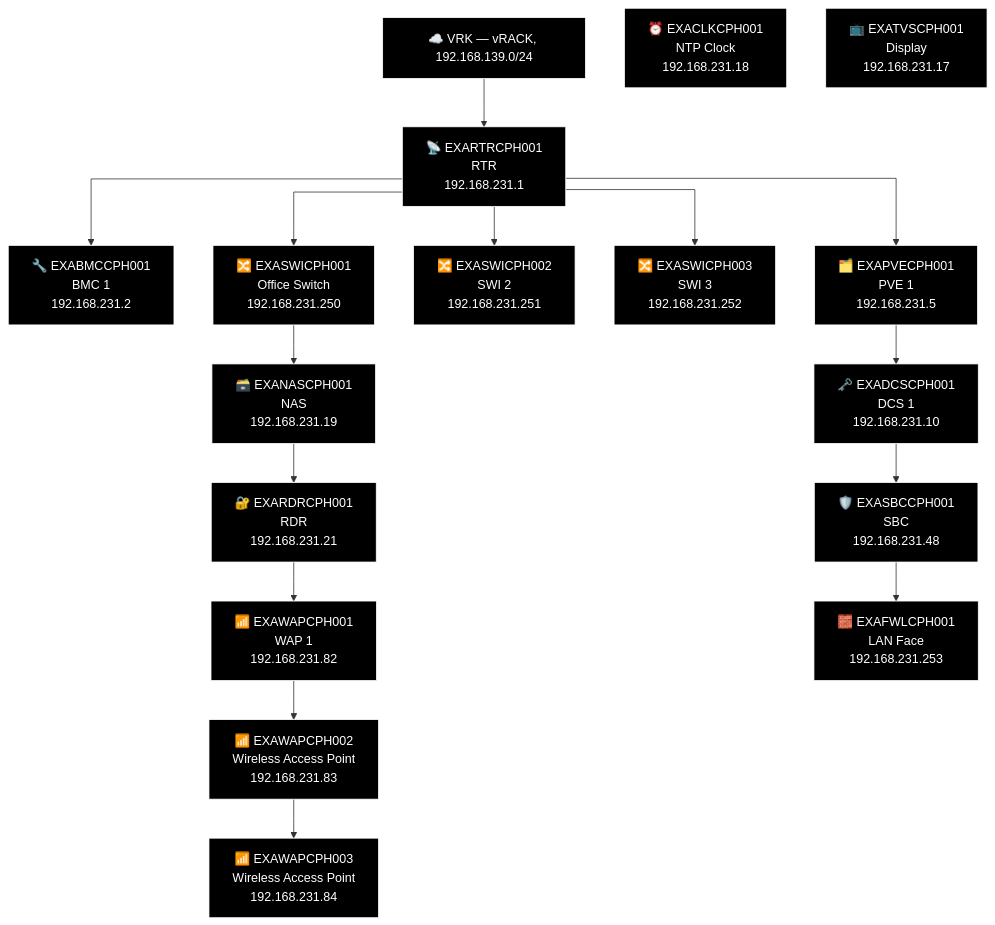
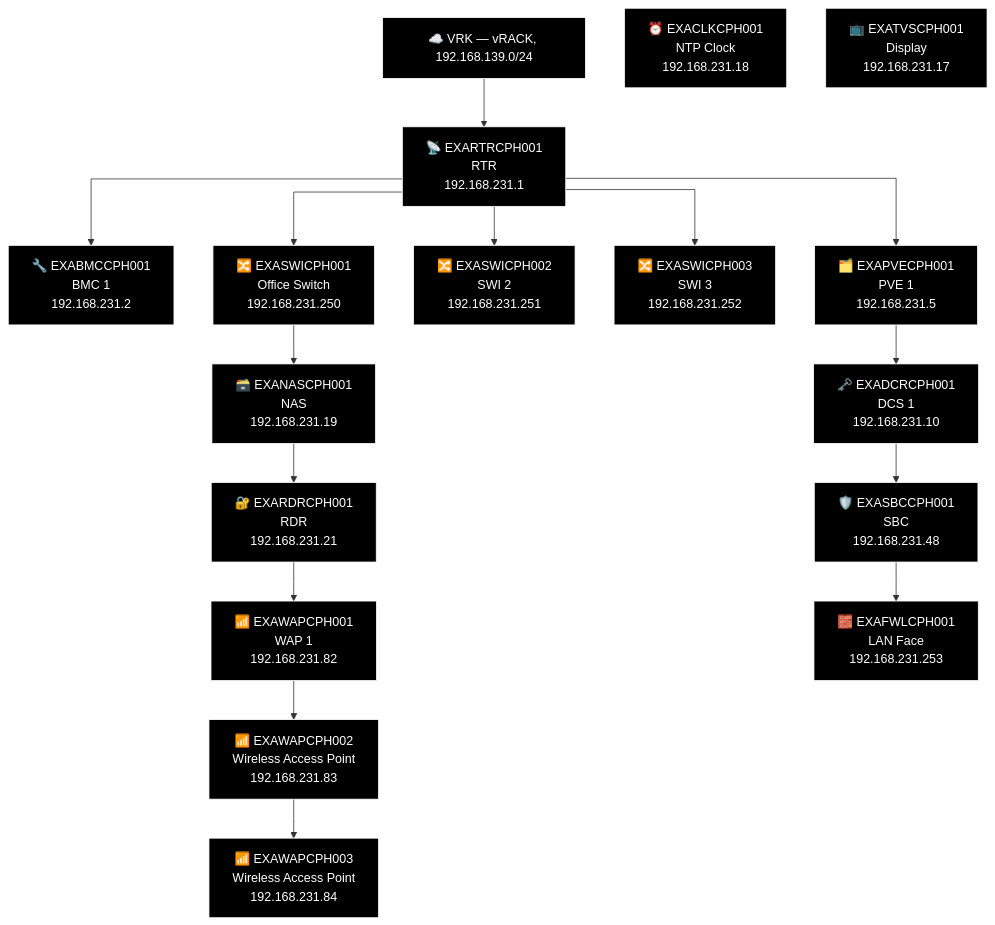
Before and after one commit to knightmare2600/example_music_infra: the third of 23 diagrams in docs/network-diagram/danmark.md, drawn with Mermaid. The commit also changed other lines of this file and 8 other files, not shown here.

````diff
--- a/docs/network-diagram/danmark.md
+++ b/docs/network-diagram/danmark.md
@@ -101,48 +96,48 @@
 ```mermaid
 %% GENERATED:TOPOLOGY:CPH:START
 %%{init: {'flowchart': {'curve': 'stepAfter'}}}%%
 graph TD
     T_VRK["☁️ VRK — vRACK, 192.168.139.0/24"]
     T_RTR["📡 EXARTRCPH001<br/>RTR<br/>192.168.231.1"]
     T_VRK --> T_RTR
     T_BMC["🔧 EXABMCCPH001<br/>BMC 1<br/>192.168.231.2"]
     T_RTR --> T_BMC
     T_PVE["🗂️ EXAPVECPH001<br/>PVE 1<br/>192.168.231.5"]
     T_RTR --> T_PVE
     T_SWI["🔀 EXASWICPH002<br/>SWI 2<br/>192.168.231.251"]
     T_RTR --> T_SWI
     T_SWI2["🔀 EXASWICPH003<br/>SWI 3<br/>192.168.231.252"]
     T_RTR --> T_SWI2
     T_SWI3["🔀 EXASWICPH001<br/>Office Switch<br/>192.168.231.250"]
     T_RTR --> T_SWI3
     T_NAS["🗃️ EXANASCPH001<br/>NAS<br/>192.168.231.19"]
     T_RDR["🔐 EXARDRCPH001<br/>RDR<br/>192.168.231.21"]
     T_WAP["📶 EXAWAPCPH001<br/>WAP 1<br/>192.168.231.82"]
     T_WAP2["📶 EXAWAPCPH002<br/>Wireless Access Point<br/>192.168.231.83"]
     T_WAP3["📶 EXAWAPCPH003<br/>Wireless Access Point<br/>192.168.231.84"]
     T_SWI3 --> T_NAS --> T_RDR --> T_WAP --> T_WAP2 --> T_WAP3
-    T_DCS["🗝️ EXADCSCPH001<br/>DCS 1<br/>192.168.231.10"]
+    T_DCS["🗝️ EXADCRCPH001<br/>DCS 1<br/>192.168.231.10"]
     T_SBC["🛡️ EXASBCCPH001<br/>SBC<br/>192.168.231.48"]
     T_FWL["🧱 EXAFWLCPH001<br/>LAN Face<br/>192.168.231.253"]
     T_PVE --> T_DCS --> T_SBC --> T_FWL
     T_CLK["⏰ EXACLKCPH001<br/>NTP Clock<br/>192.168.231.18"]
     T_TVS["📺 EXATVSCPH001<br/>Display<br/>192.168.231.17"]
     style T_VRK fill:#000000,stroke:#FFFFFF,color:#FFFFFF
     style T_RTR fill:#000000,stroke:#FFFFFF,color:#FFFFFF
     style T_BMC fill:#000000,stroke:#FFFFFF,color:#FFFFFF
     style T_PVE fill:#000000,stroke:#FFFFFF,color:#FFFFFF
     style T_SWI fill:#000000,stroke:#FFFFFF,color:#FFFFFF
     style T_SWI2 fill:#000000,stroke:#FFFFFF,color:#FFFFFF
     style T_SWI3 fill:#000000,stroke:#FFFFFF,color:#FFFFFF
     style T_NAS fill:#000000,stroke:#FFFFFF,color:#FFFFFF
     style T_RDR fill:#000000,stroke:#FFFFFF,color:#FFFFFF
     style T_WAP fill:#000000,stroke:#FFFFFF,color:#FFFFFF
     style T_WAP2 fill:#000000,stroke:#FFFFFF,color:#FFFFFF
     style T_WAP3 fill:#000000,stroke:#FFFFFF,color:#FFFFFF
     style T_DCS fill:#000000,stroke:#FFFFFF,color:#FFFFFF
     style T_SBC fill:#000000,stroke:#FFFFFF,color:#FFFFFF
     style T_FWL fill:#000000,stroke:#FFFFFF,color:#FFFFFF
     style T_CLK fill:#000000,stroke:#FFFFFF,color:#FFFFFF
     style T_TVS fill:#000000,stroke:#FFFFFF,color:#FFFFFF
 %% GENERATED:TOPOLOGY:CPH:END
 ```
````
